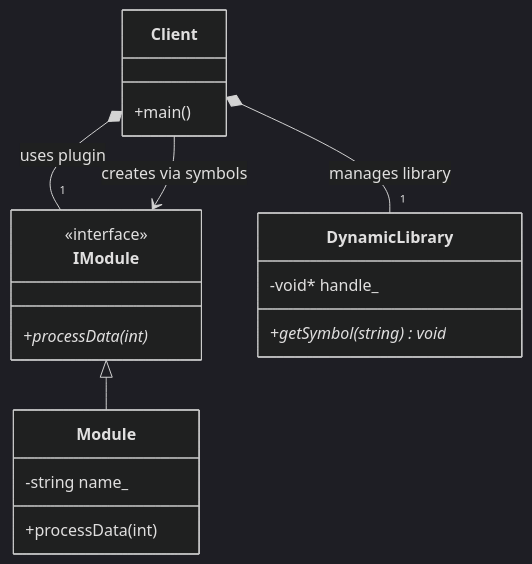
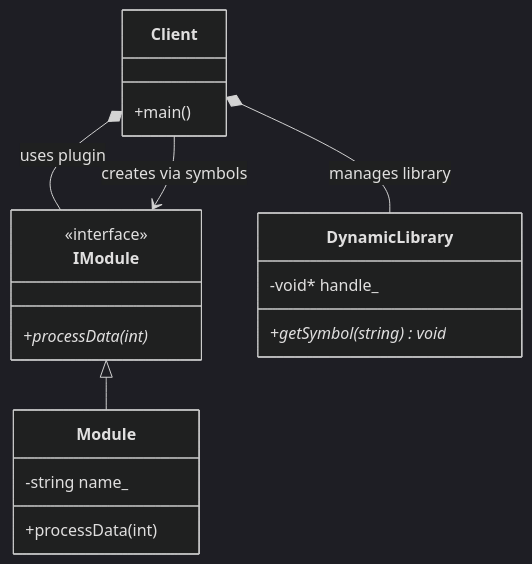
The diagram in 17_ModuleLoader/README.md (Cichlidfishexigency721/Modern-CPP-Design-Patterns), drawn with Mermaid (dark theme) before and after one commit. The commit also changed 1 other file, not shown here.

Commit message:
UML improvement

````diff
--- a/17_ModuleLoader/README.md
+++ b/17_ModuleLoader/README.md
@@ -105,36 +105,33 @@
 ```mermaid
 classDiagram
    class IModule {
       <<interface>>
       +processData(int)*
    }
 
    class Module {
       -string name_
       +processData(int)
    }
 
    class DynamicLibrary {
       -void* handle_
       +getSymbol(string) void*
    }
 
    class Client {
       +main()
    }
 
-   %% Inheritance (Is_a) - No numbers
+   %% Inheritance (Is_a)
    IModule <|-- Module
 
    %% The Client owns the RAII wrapper for the library
-   %% Composition (Has_a) - Multiplicity "1" at the end
-   Client *-- "1" DynamicLibrary : manages library
+   Client *-- DynamicLibrary : manages library
 
    %% The Client owns the module instance via unique_ptr
-   %% Composition (Has_a) - Multiplicity "1" at the end
-   Client *-- "1" IModule : uses plugin
+   Client *-- IModule : uses plugin
 
    %% The Client depends on the factory functions exported by the .so
-   %% Dependency (..>) - No numbers
    Client --> IModule : creates via symbols
 ```
````
